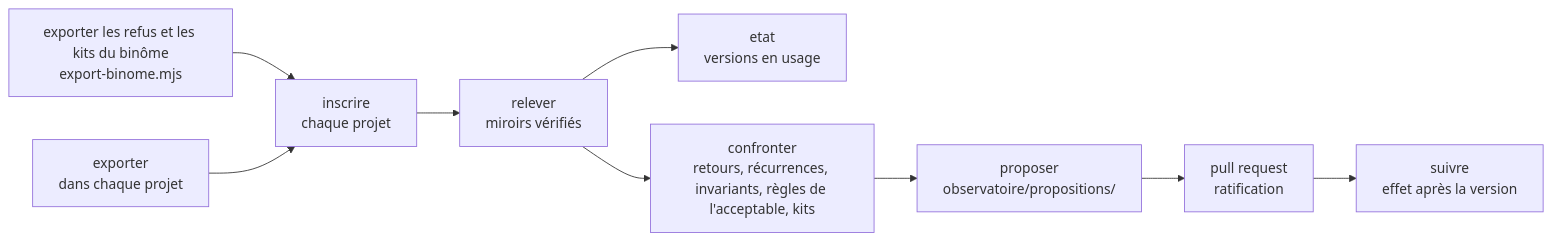
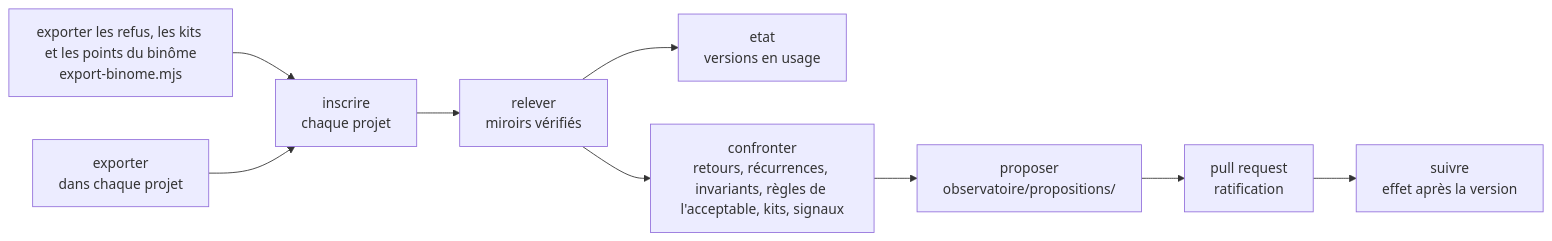
Before and after one commit to FredGarcia/Agent2Prompt: the diagram in docs/observatoire/mode-emploi.md, drawn with Mermaid. The commit also changed other lines of this file and 50 other files, not shown here.

````diff
--- a/docs/observatoire/mode-emploi.md
+++ b/docs/observatoire/mode-emploi.md
@@ -5,11 +5,11 @@
 ```mermaid
 flowchart LR
-  B["exporter les refus et les kits du binôme<br/>export-binome.mjs"] --> I
+  B["exporter les refus, les kits et les points du binôme<br/>export-binome.mjs"] --> I
   E["exporter<br/>dans chaque projet"] --> I["inscrire<br/>chaque projet"]
   I --> R["relever<br/>miroirs vérifiés"]
   R --> T["etat<br/>versions en usage"]
-  R --> C["confronter<br/>retours, récurrences, invariants, règles de l'acceptable, kits"]
+  R --> C["confronter<br/>retours, récurrences, invariants, règles de l'acceptable, kits, signaux"]
   C --> P["proposer<br/>observatoire/propositions/"]
   P --> PR["pull request<br/>ratification"]
   PR --> S["suivre<br/>effet après la version"]
 ```
````
